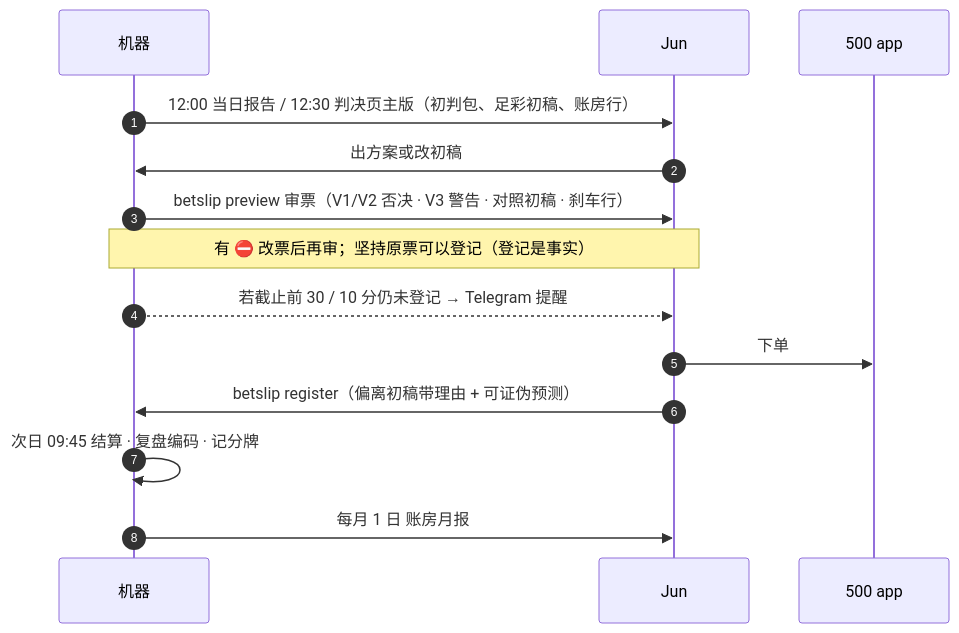
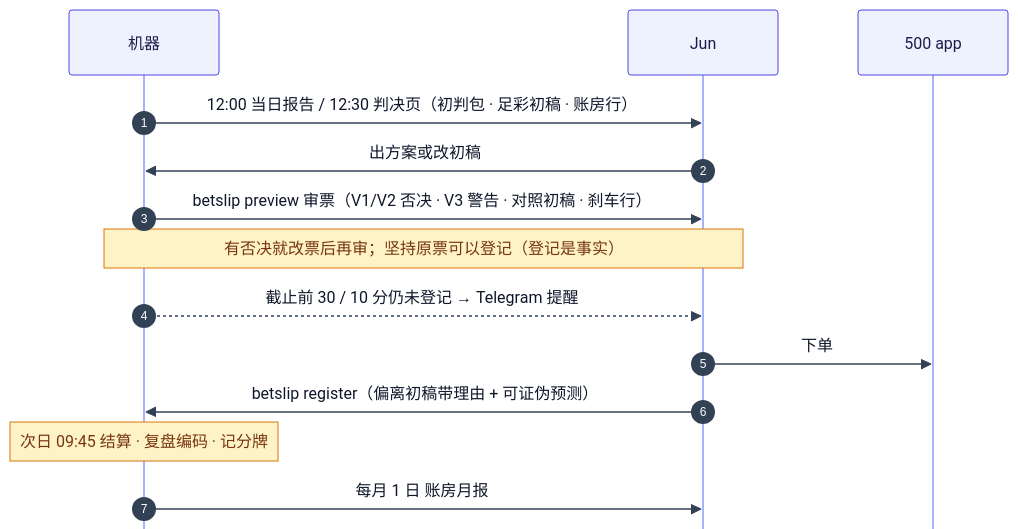
One commit to Jerenus/Nutmeg changed the third of 10 diagrams in docs/ARCHITECTURE.md. Above: the diagram before and after it, drawn with Mermaid. The commit also changed other lines of this file and 3 other files, not shown here.

````diff
--- a/docs/ARCHITECTURE.md
+++ b/docs/ARCHITECTURE.md
@@ -147,16 +211,17 @@
 ```mermaid
+%%{init: {"theme": "base", "themeVariables": {"fontSize": "14px", "actorBkg": "#EEF2FF", "actorBorder": "#4F46E5", "actorTextColor": "#1E1B4B", "actorLineColor": "#A5B4FC", "signalColor": "#334155", "signalTextColor": "#0F172A", "noteBkgColor": "#FEF3C7", "noteBorderColor": "#D97706", "noteTextColor": "#78350F", "sequenceNumberColor": "#FFFFFF", "activationBkgColor": "#E0F2FE"}, "sequence": {"actorMargin": 80, "messageMargin": 30, "noteMargin": 10, "mirrorActors": false}}}%%
 sequenceDiagram
   autonumber
   participant M as 机器
   participant J as Jun
   participant A as 500 app
-  M->>J: 12:00 当日报告 / 12:30 判决页主版（初判包、足彩初稿、账房行）
+  M->>J: 12:00 当日报告 / 12:30 判决页（初判包 · 足彩初稿 · 账房行）
   J->>M: 出方案或改初稿
   M->>J: betslip preview 审票（V1/V2 否决 · V3 警告 · 对照初稿 · 刹车行）
-  Note over M,J: 有 ⛔ 改票后再审；坚持原票可以登记（登记是事实）
-  M-->>J: 若截止前 30 / 10 分仍未登记 → Telegram 提醒
+  Note over M,J: 有否决就改票后再审；坚持原票可以登记（登记是事实）
+  M-->>J: 截止前 30 / 10 分仍未登记 → Telegram 提醒
   J->>A: 下单
   J->>M: betslip register（偏离初稿带理由 + 可证伪预测）
-  M->>M: 次日 09:45 结算 · 复盘编码 · 记分牌
+  Note over M: 次日 09:45 结算 · 复盘编码 · 记分牌
   M->>J: 每月 1 日 账房月报
 ```
````
